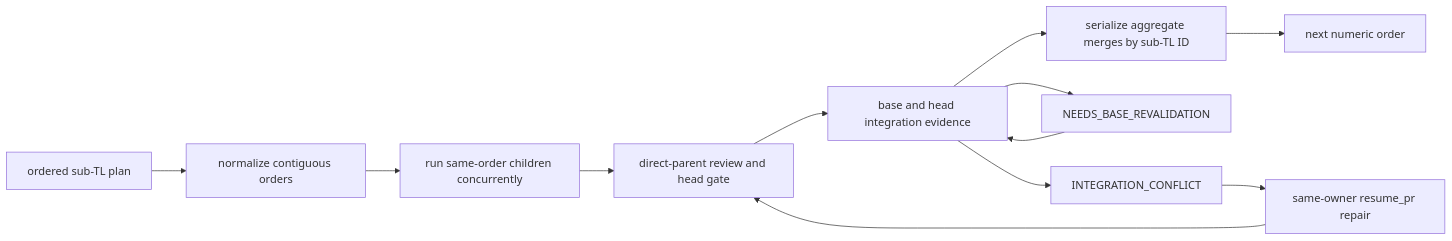
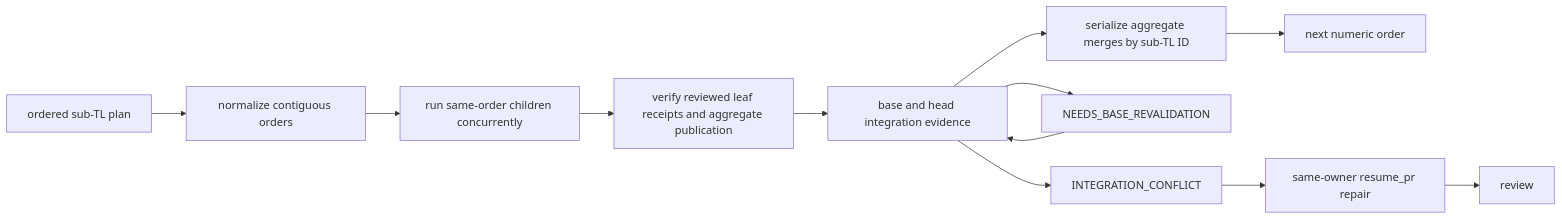
One commit to nanonite/exomonad changed the first of 10 diagrams in docs/architecture/agent-system.md. Above: the diagram before and after it, drawn with Mermaid. The commit also changed other lines of this file and 20 other files, not shown here.

Commit message:
Fix sequential subTL integration without root aggregate review phases (#1207)

````diff
--- a/docs/architecture/agent-system.md
+++ b/docs/architecture/agent-system.md
@@ -50,14 +50,14 @@
 ```mermaid
 flowchart LR
   plan[ordered sub-TL plan] --> normalize[normalize contiguous orders]
   normalize --> parallel[run same-order children concurrently]
-  parallel --> review[direct-parent review and head gate]
-  review --> evidence[base and head integration evidence]
+  parallel --> receipts[verify reviewed leaf receipts and aggregate publication]
+  receipts --> evidence[base and head integration evidence]
   evidence --> serialize[serialize aggregate merges by sub-TL ID]
   serialize --> next[next numeric order]
   evidence --> revalidate[NEEDS_BASE_REVALIDATION]
   evidence --> conflict[INTEGRATION_CONFLICT]
   revalidate --> evidence
   conflict --> repair[same-owner resume_pr repair]
   repair --> review
 ```
````
